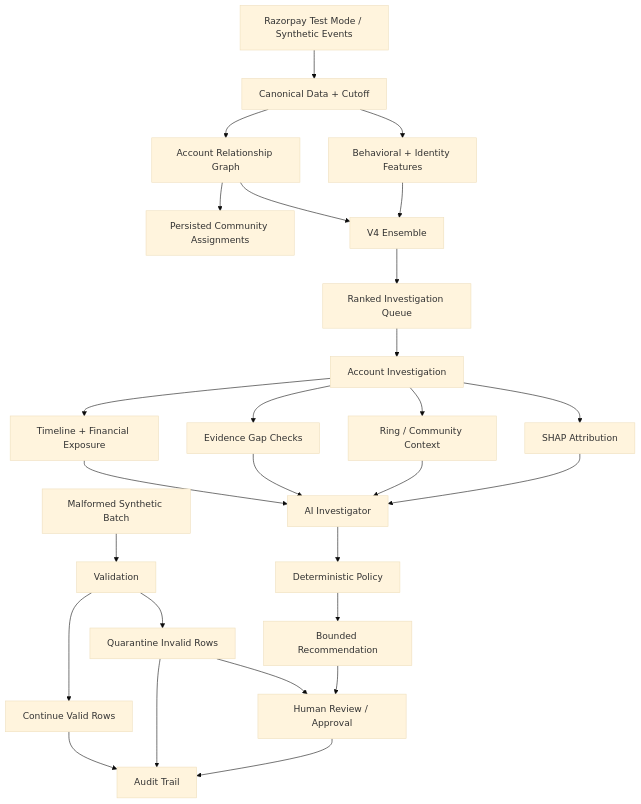
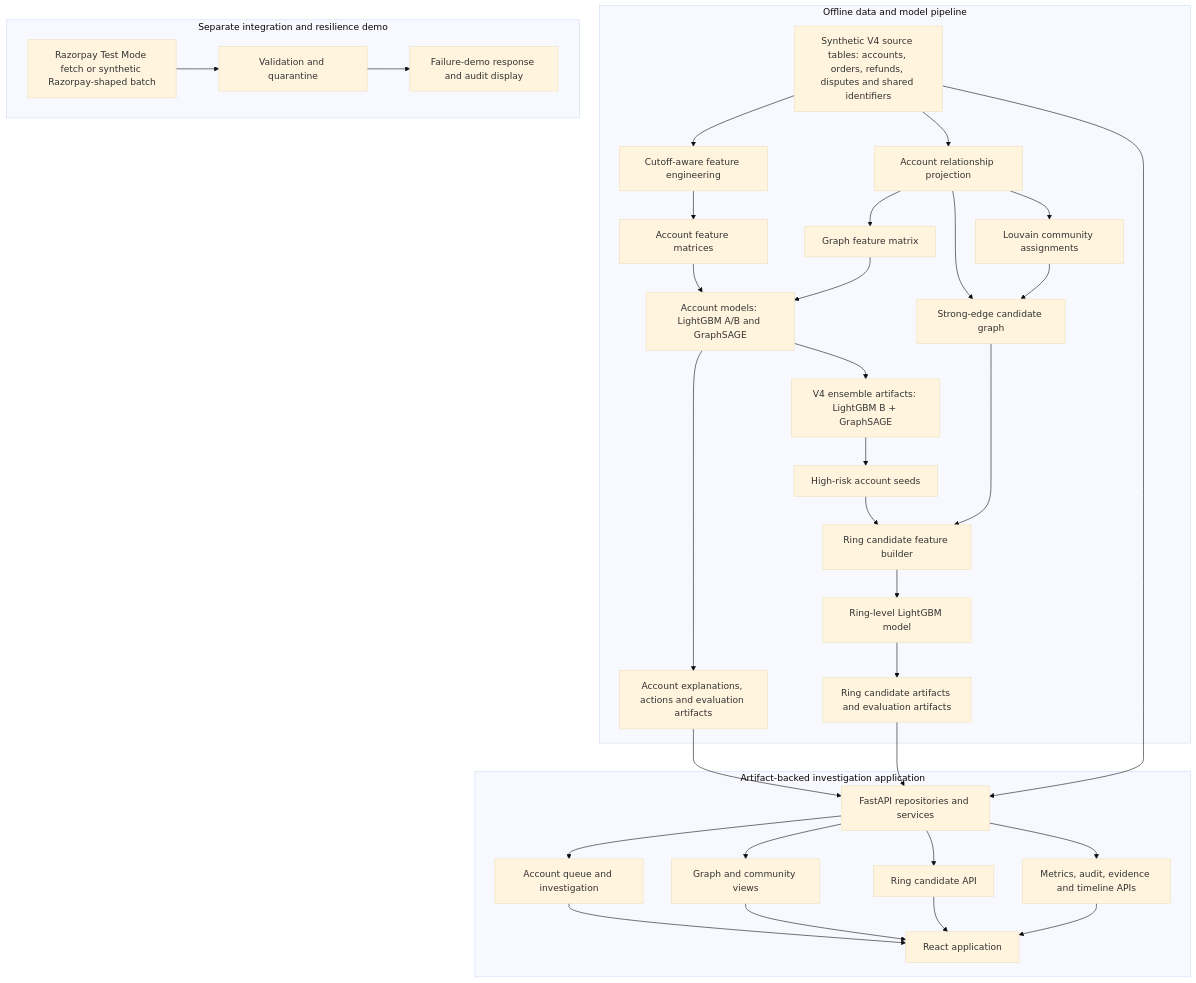
Before and after one commit to aditya-13115/ringWatch: the first of 3 diagrams in docs/architecture.md, drawn with Mermaid (base theme). The commit also changed other lines of this file and 2 other files, not shown here.

Commit message:
docs: align README and architecture with ring detection pipeline

````diff
--- a/docs/architecture.md
+++ b/docs/architecture.md
@@ -3,30 +7,40 @@
 ```mermaid
 flowchart TD
-    A[Razorpay Test Mode / Synthetic Events] --> B[Canonical Data + Cutoff]
-    B --> C[Behavioral + Identity Features]
-    B --> D[Account Relationship Graph]
-    D --> E[Persisted Community Assignments]
-    C --> F[V4 Ensemble]
-    D --> F
-    F --> G[Ranked Investigation Queue]
-    G --> H[Account Investigation]
-    H --> I[SHAP Attribution]
-    H --> J[Ring / Community Context]
-    H --> K[Evidence Gap Checks]
-    H --> L[Timeline + Financial Exposure]
-    I --> M[AI Investigator]
-    J --> M
-    K --> M
-    L --> M
-    M --> N[Deterministic Policy]
-    N --> O[Bounded Recommendation]
-    O --> P[Human Review / Approval]
-    P --> Q[Audit Trail]
+    subgraph Offline[Offline data and model pipeline]
+        A[Synthetic V4 source tables: accounts, orders, refunds, disputes and shared identifiers] --> B[Cutoff-aware feature engineering]
+        A --> C[Account relationship projection]
+        C --> D[Louvain community assignments]
+        B --> E[Account feature matrices]
+        C --> F[Graph feature matrix]
+        E --> G[Account models: LightGBM A/B and GraphSAGE]
+        F --> G
+        G --> H[V4 ensemble artifacts: LightGBM B + GraphSAGE]
+        H --> I[High-risk account seeds]
+        C --> J[Strong-edge candidate graph]
+        D --> J
+        I --> K[Ring candidate feature builder]
+        J --> K
+        K --> L[Ring-level LightGBM model]
+        G --> M[Account explanations, actions and evaluation artifacts]
+        L --> N[Ring candidate artifacts and evaluation artifacts]
+    end
 
-    R[Malformed Synthetic Batch] --> S[Validation]
-    S --> T[Quarantine Invalid Rows]
-    S --> U[Continue Valid Rows]
-    T --> P
-    T --> Q
-    U --> Q
+    subgraph Application[Artifact-backed investigation application]
+        M --> O[FastAPI repositories and services]
+        N --> O
+        A --> O
+        O --> P[Account queue and investigation]
+        O --> Q[Graph and community views]
+        O --> R[Ring candidate API]
+        O --> S[Metrics, audit, evidence and timeline APIs]
+        P --> T[React application]
+        Q --> T
+        R --> T
+        S --> T
+    end
+
+    subgraph Demo[Separate integration and resilience demo]
+        U[Razorpay Test Mode fetch or synthetic Razorpay-shaped batch] --> V[Validation and quarantine]
+        V --> W[Failure-demo response and audit display]
+    end
 ```
````
